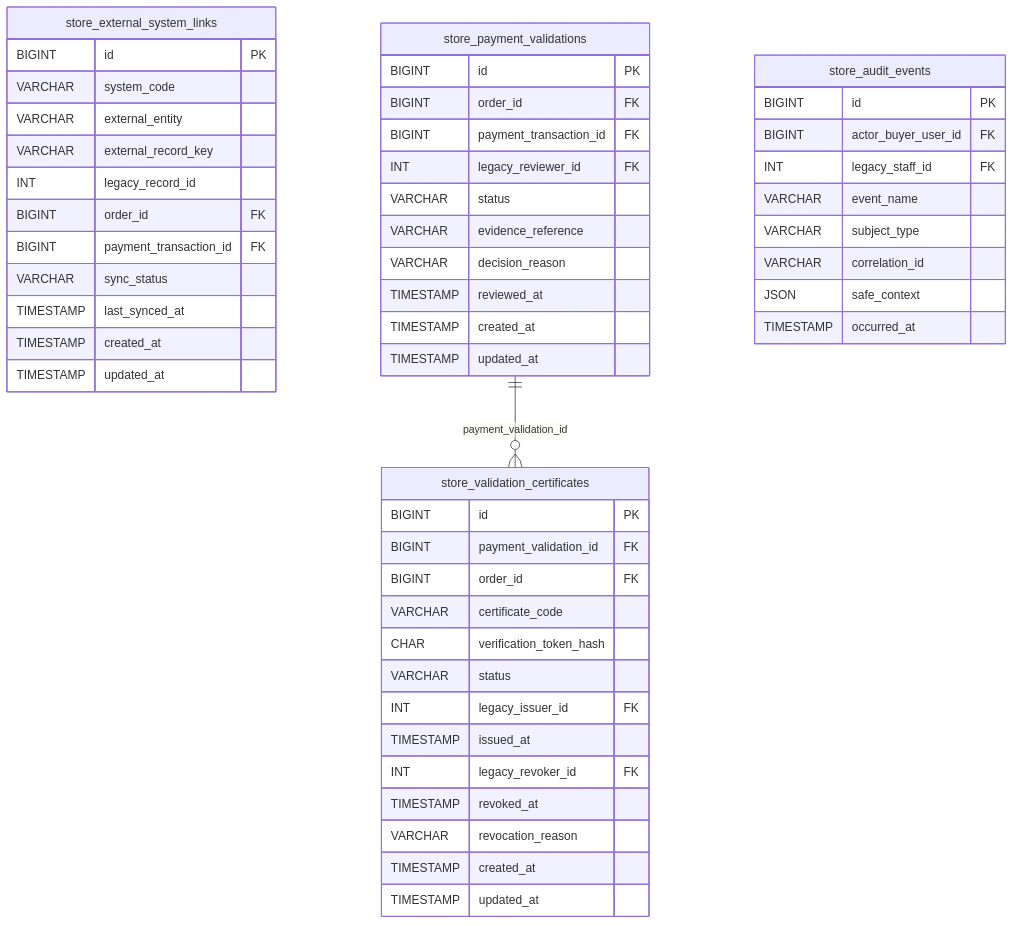
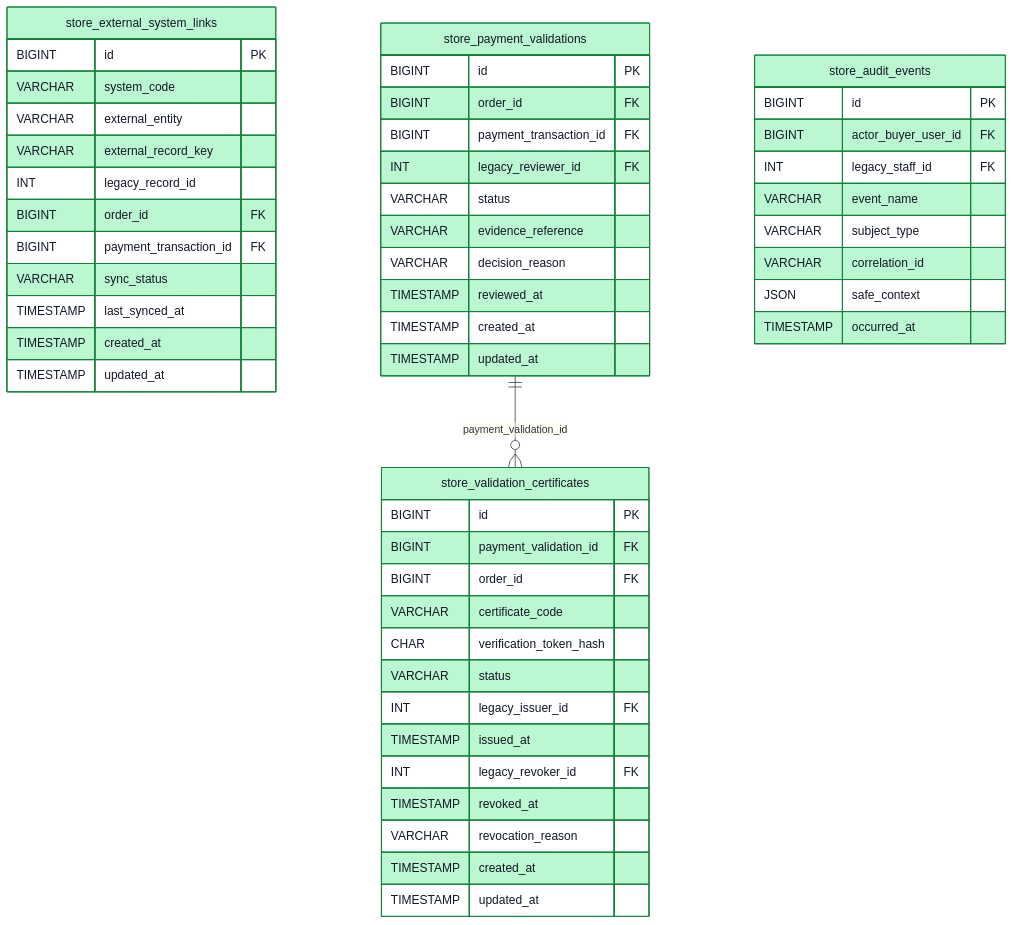
One commit to JIMMY1012102/UNDC-Pagos-Posgrado changed the diagram in docs/modelo-datos/control.md. Above: the diagram before and after it, drawn with Mermaid.

Commit message:
docs(db): paleta funcional para diagrama control

````diff
--- a/docs/modelo-datos/control.md
+++ b/docs/modelo-datos/control.md
@@ -3,54 +3,58 @@
 ```mermaid
 erDiagram
   store_external_system_links {
 BIGINT id PK
 VARCHAR system_code
 VARCHAR external_entity
 VARCHAR external_record_key
 INT legacy_record_id
 BIGINT order_id FK
 BIGINT payment_transaction_id FK
 VARCHAR sync_status
 TIMESTAMP last_synced_at
 TIMESTAMP created_at
 TIMESTAMP updated_at
   }
   store_payment_validations {
 BIGINT id PK
 BIGINT order_id FK
 BIGINT payment_transaction_id FK
 INT legacy_reviewer_id FK
 VARCHAR status
 VARCHAR evidence_reference
 VARCHAR decision_reason
 TIMESTAMP reviewed_at
 TIMESTAMP created_at
 TIMESTAMP updated_at
   }
   store_validation_certificates {
 BIGINT id PK
 BIGINT payment_validation_id FK
 BIGINT order_id FK
 VARCHAR certificate_code
 CHAR verification_token_hash
 VARCHAR status
 INT legacy_issuer_id FK
 TIMESTAMP issued_at
 INT legacy_revoker_id FK
 TIMESTAMP revoked_at
 VARCHAR revocation_reason
 TIMESTAMP created_at
 TIMESTAMP updated_at
   }
   store_audit_events {
 BIGINT id PK
 BIGINT actor_buyer_user_id FK
 INT legacy_staff_id FK
 VARCHAR event_name
 VARCHAR subject_type
 VARCHAR correlation_id
 JSON safe_context
 TIMESTAMP occurred_at
   }
   store_payment_validations ||--o{ store_validation_certificates : "payment_validation_id"
+  style store_external_system_links fill:#BBF7D0,stroke:#15803D,color:#111827
+  style store_payment_validations fill:#BBF7D0,stroke:#15803D,color:#111827
+  style store_validation_certificates fill:#BBF7D0,stroke:#15803D,color:#111827
+  style store_audit_events fill:#BBF7D0,stroke:#15803D,color:#111827
 ```
````
